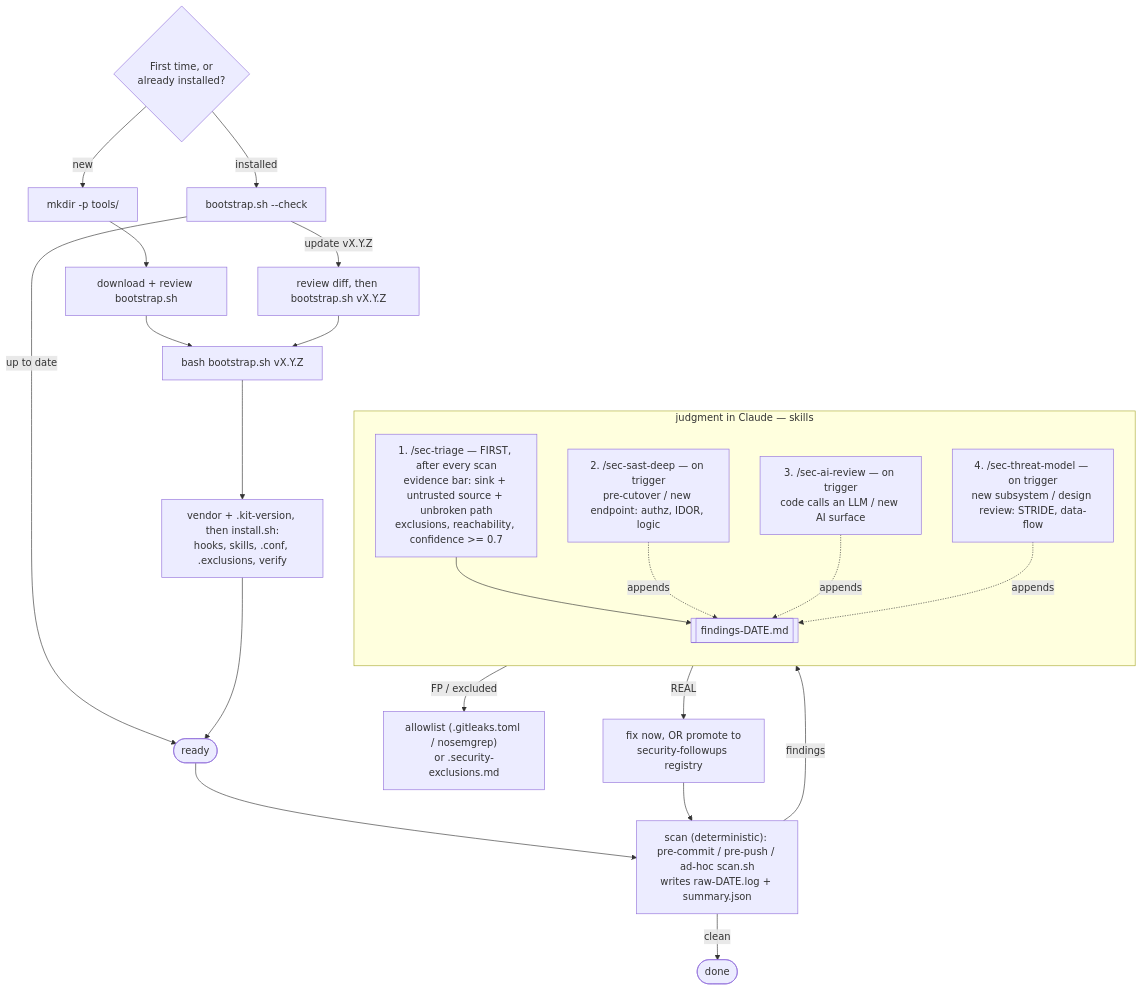
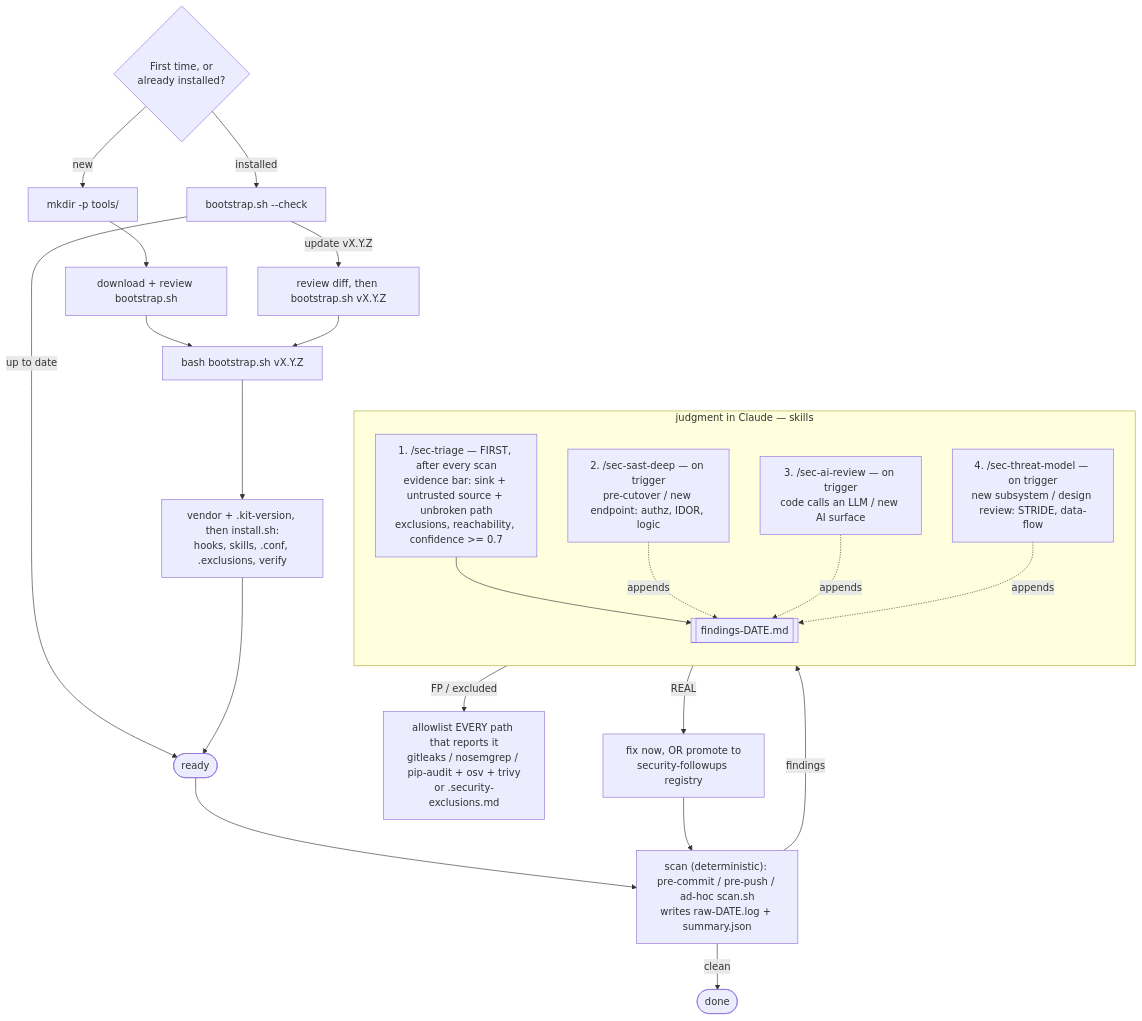
One commit to boraeresici/security-audit-kit changed the diagram in README-tr.md. Above: the diagram before and after it, drawn with Mermaid. The commit also changed other lines of this file and 6 other files, not shown here.

````diff
--- a/README-tr.md
+++ b/README-tr.md
@@ -42,33 +42,33 @@
 ```mermaid
 flowchart TD
     Q{First time, or<br/>already installed?}
     Q -->|new| N1["mkdir -p tools/"]
     N1 --> N2["download + review bootstrap.sh"]
     N2 --> B["bash bootstrap.sh vX.Y.Z"]
     Q -->|installed| C["bootstrap.sh --check"]
     C -->|up to date| R
     C -->|update vX.Y.Z| RV["review diff, then bootstrap.sh vX.Y.Z"]
     RV --> B
     B --> I["vendor + .kit-version, then install.sh:<br/>hooks, skills, .conf, .exclusions, verify"]
     I --> R(["ready"])
 
     R --> S["scan (deterministic): pre-commit / pre-push / ad-hoc scan.sh<br/>writes raw-DATE.log + summary.json"]
     S -->|clean| D(["done"])
     S -->|findings| T1
 
     subgraph JUDGE["judgment in Claude — skills"]
       direction TB
       T1["1. /sec-triage — FIRST, after every scan<br/>evidence bar: sink + untrusted source + unbroken path<br/>exclusions, reachability, confidence >= 0.7"]
       DEEP["2. /sec-sast-deep — on trigger<br/>pre-cutover / new endpoint: authz, IDOR, logic"]
       AIR["3. /sec-ai-review — on trigger<br/>code calls an LLM / new AI surface"]
       TM["4. /sec-threat-model — on trigger<br/>new subsystem / design review: STRIDE, data-flow"]
       T1 --> F[["findings-DATE.md"]]
       DEEP -. appends .-> F
       AIR -. appends .-> F
       TM -. appends .-> F
     end
 
-    F -->|FP / excluded| AL["allowlist (.gitleaks.toml / nosemgrep)<br/>or .security-exclusions.md"]
+    F -->|FP / excluded| AL["allowlist EVERY path that reports it<br/>gitleaks / nosemgrep / pip-audit + osv + trivy<br/>or .security-exclusions.md"]
     F -->|REAL| FX["fix now, OR promote to<br/>security-followups registry"]
     FX --> S
 ```
````
